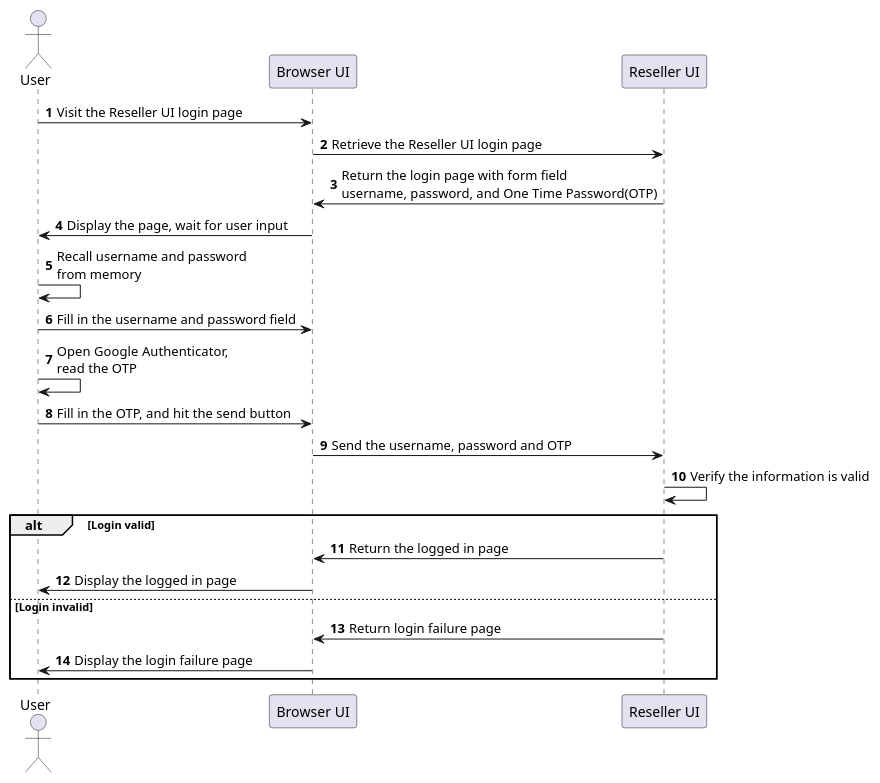
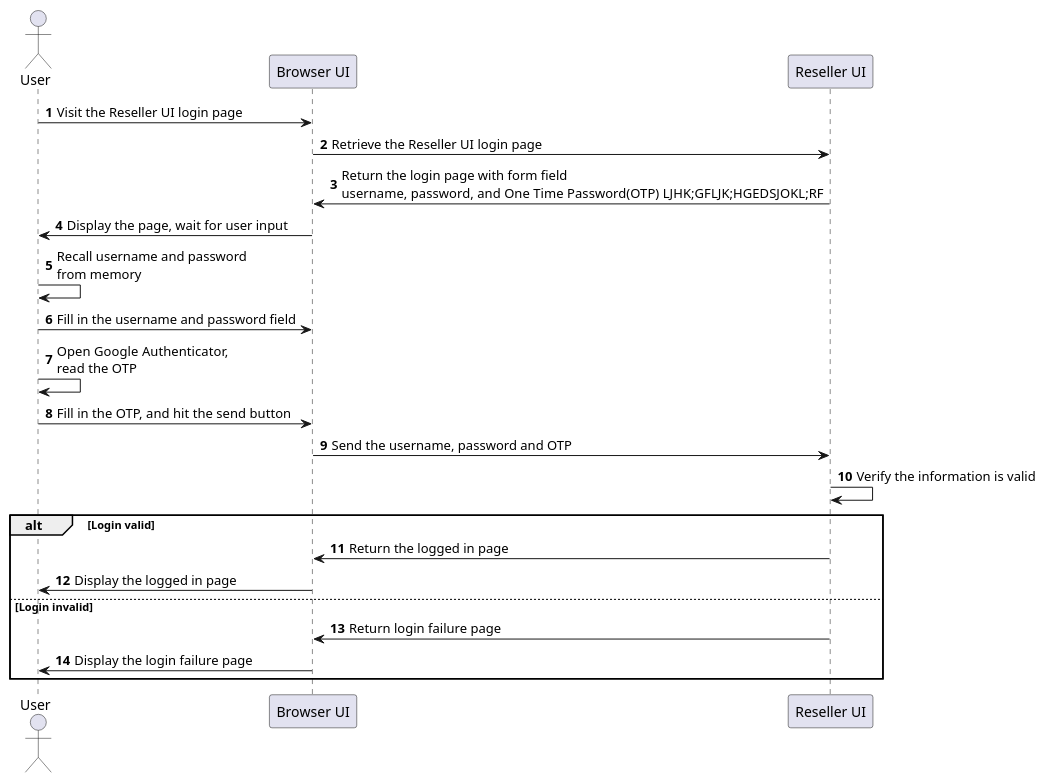
Before and after one commit to alladin7000/alladin7000.github.io: the diagram in diagrams/otp.puml, drawn with PlantUML.

```diff
--- a/diagrams/otp.puml
+++ b/diagrams/otp.puml
@@ -1,25 +1,25 @@
 @startuml
 autonumber
 
 actor User as user
 participant "Browser UI" as browser
 participant "Reseller UI" as reseller_ui
 
 user -> browser : Visit the Reseller UI login page
 browser -> reseller_ui : Retrieve the Reseller UI login page
-browser <- reseller_ui : Return the login page with form field \nusername, password, and One Time Password(OTP)
+browser <- reseller_ui : Return the login page with form field \nusername, password, and One Time Password(OTP)  LJHK;GFLJK;HGEDSJOKL;RF
 user <- browser : Display the page, wait for user input
 user -> user: Recall username and password \nfrom memory
 user -> browser : Fill in the username and password field
 user -> user: Open Google Authenticator, \nread the OTP
 user -> browser : Fill in the OTP, and hit the send button
 browser -> reseller_ui : Send the username, password and OTP
 reseller_ui -> reseller_ui : Verify the information is valid
 alt Login valid
     browser <- reseller_ui : Return the logged in page
     user <- browser : Display the logged in page
 else Login invalid
     browser <- reseller_ui : Return login failure page
     user <- browser : Display the login failure page
 end
 @enduml
```
